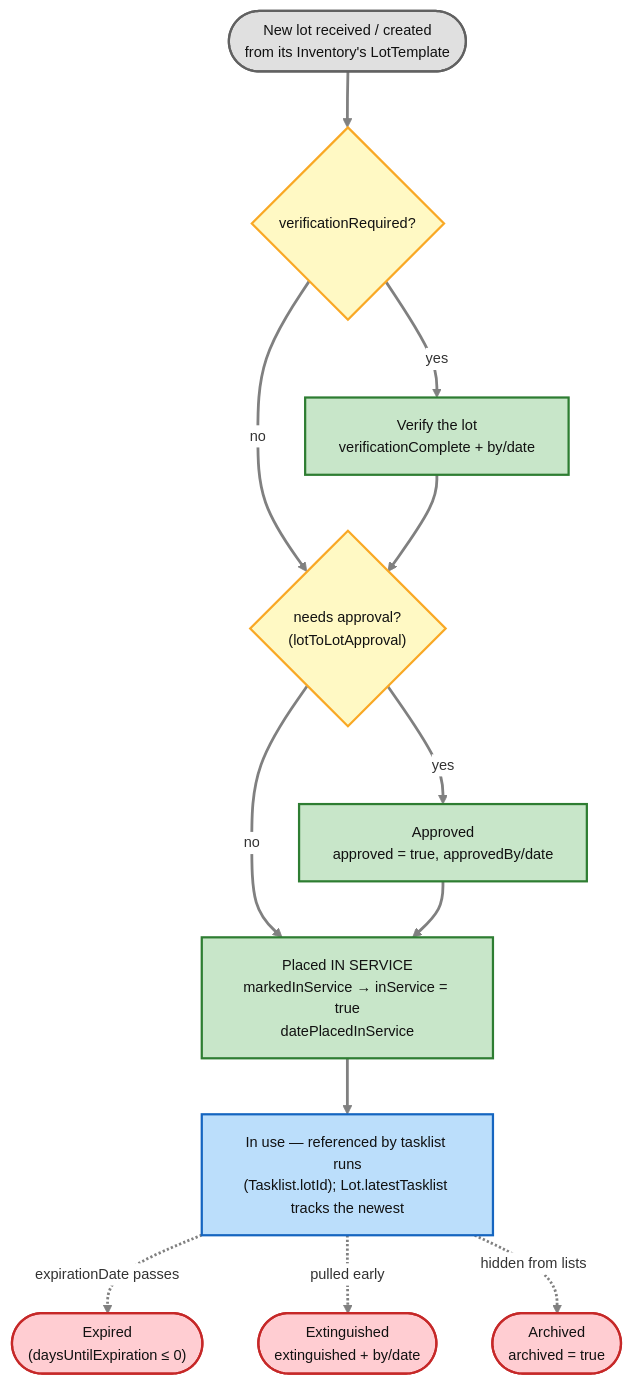
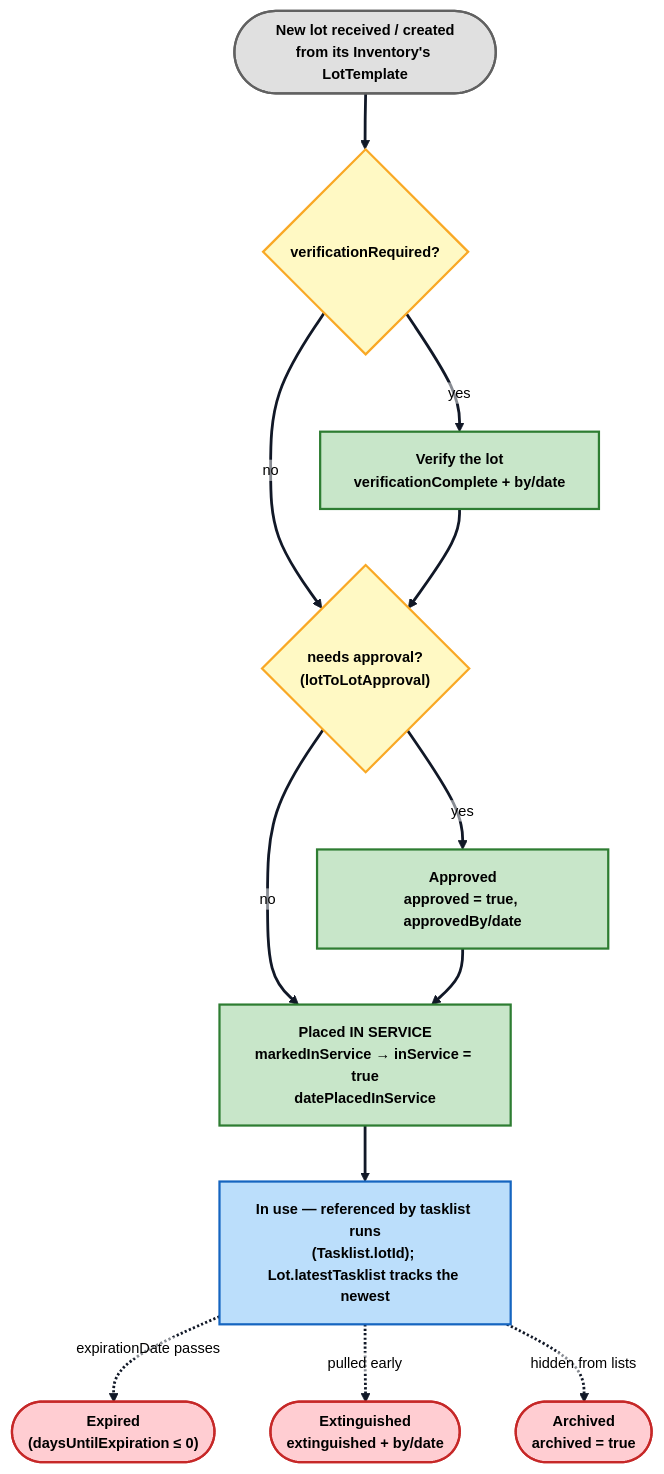
Before and after one commit to fengyanglin09/my-work-dashboard-app: the third of 4 diagrams in src/assets/pages/app-resources/nerds/appDetails/00step/materials-qc/materials-qc.md, drawn with Mermaid. The commit also changed other lines of this file and 35 other files, not shown here.

Commit message:
Add new mermaid diagrams for workflow and testing processes

````diff
--- a/src/assets/pages/app-resources/nerds/appDetails/00step/materials-qc/materials-qc.md
+++ b/src/assets/pages/app-resources/nerds/appDetails/00step/materials-qc/materials-qc.md
@@ -223,30 +243,30 @@
 ```mermaid
-%%{init: {"theme":"base", "themeVariables":{"background":"#ffffff","lineColor":"#808080","edgeLabelBackground":"#ffffff","fontSize":"13px"}, "flowchart":{"curve":"basis"}}}%%
+%%{init: {"theme":"base", "themeVariables":{"background":"#ffffff","mainBkg":"#ffffff","primaryColor":"#f8fafc","primaryTextColor":"#000000","primaryBorderColor":"#111827","secondaryColor":"#f8fafc","secondaryTextColor":"#000000","secondaryBorderColor":"#111827","tertiaryColor":"#f8fafc","tertiaryTextColor":"#000000","tertiaryBorderColor":"#111827","lineColor":"#111827","defaultLinkColor":"#111827","nodeTextColor":"#000000","textColor":"#000000","titleColor":"#000000","edgeLabelBackground":"#ffffff","clusterBkg":"#f8fafc","clusterBorder":"#111827","fontSize":"13px"}, "themeCSS":".nodeLabel,.nodeLabel *,.edgeLabel,.edgeLabel *,.cluster-label,.cluster-label *,.label,.label *,foreignObject,foreignObject *,text,tspan{color:#000000 !important;fill:#000000 !important;font-weight:700 !important;}.edgeLabel rect,.labelBkg{fill:#ffffff !important;opacity:0.96 !important;}", "flowchart":{"curve":"basis","htmlLabels":false}}}%%
 flowchart TD
     START(["New lot received / created<br/>from its Inventory's LotTemplate"]) --> V{"verificationRequired?"}
     V -->|yes| VER["Verify the lot<br/>verificationComplete + by/date"]
     V -->|no| A
     VER --> A{"needs approval?<br/>(lotToLotApproval)"}
     A -->|yes| APP["Approved<br/>approved = true, approvedBy/date"]
     A -->|no| SERVICE
     APP --> SERVICE["Placed IN SERVICE<br/>markedInService → inService = true<br/>datePlacedInService"]
     SERVICE --> USE["In use — referenced by tasklist runs<br/>(Tasklist.lotId); Lot.latestTasklist tracks the newest"]
 
     USE -.->|"expirationDate passes"| EXP(["Expired<br/>(daysUntilExpiration ≤ 0)"])
     USE -.->|"pulled early"| EXT(["Extinguished<br/>extinguished + by/date"])
     USE -.->|"hidden from lists"| ARC(["Archived<br/>archived = true"])
 
-    classDef start fill:#e0e0e0,stroke:#616161,stroke-width:2px,color:#111111;
-    classDef gate  fill:#fff9c4,stroke:#f9a825,stroke-width:2px,color:#111111;
-    classDef step  fill:#c8e6c9,stroke:#2e7d32,stroke-width:2px,color:#111111;
-    classDef use   fill:#bbdefb,stroke:#1565c0,stroke-width:2px,color:#111111;
-    classDef terminal fill:#ffcdd2,stroke:#c62828,stroke-width:2px,color:#111111;
+    classDef start fill:#e0e0e0,stroke:#616161,stroke-width:2px,color:#000000,font-weight:700;
+    classDef gate  fill:#fff9c4,stroke:#f9a825,stroke-width:2px,color:#000000,font-weight:700;
+    classDef step  fill:#c8e6c9,stroke:#2e7d32,stroke-width:2px,color:#000000,font-weight:700;
+    classDef use   fill:#bbdefb,stroke:#1565c0,stroke-width:2px,color:#000000,font-weight:700;
+    classDef terminal fill:#ffcdd2,stroke:#c62828,stroke-width:2px,color:#000000,font-weight:700;
 
     class START start;
     class V,A gate;
     class VER,APP,SERVICE step;
     class USE use;
     class EXP,EXT,ARC terminal;
 
-    linkStyle default stroke:#808080,stroke-width:2.5px
+    linkStyle default stroke:#111827,stroke-width:2.5px
 ```
````
